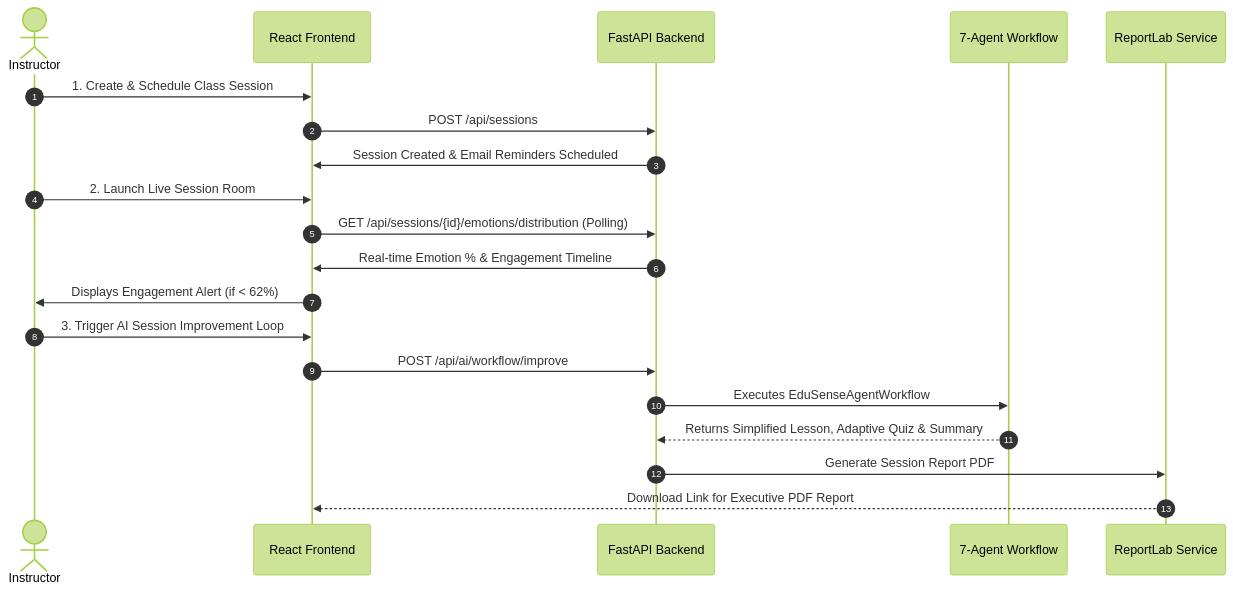
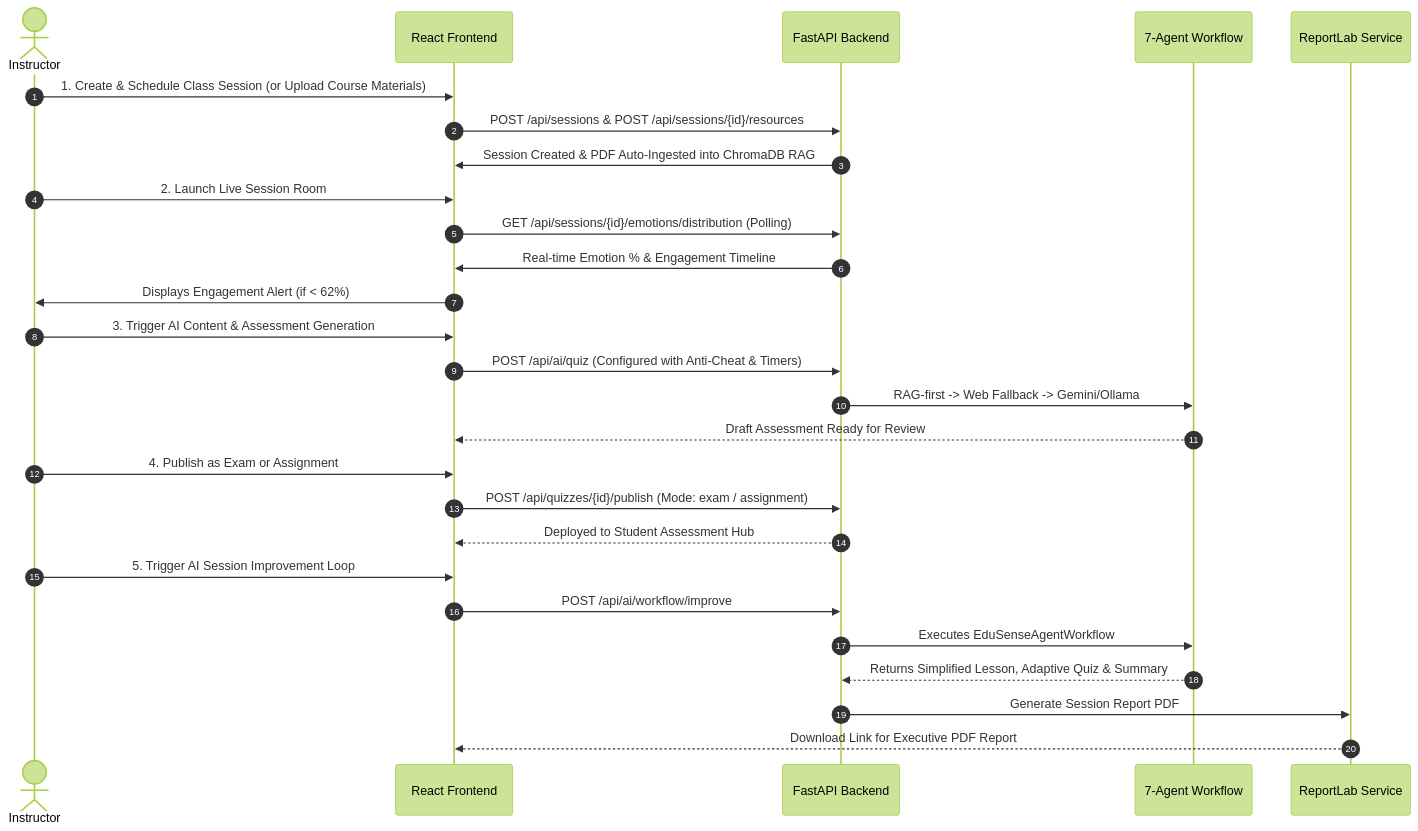
One commit to adel-noufal/Edusense changed the first of 4 diagrams in README.md. Above: the diagram before and after it, drawn with Mermaid (forest theme). The commit also changed other lines of this file and 1 other file, not shown here.

Commit message:
docs(s8): update README with multi-key rotation, web search grounding, assessment hub, and registration flows

````diff
--- a/README.md
+++ b/README.md
@@ -47,23 +52,30 @@
 ```mermaid
 sequenceDiagram
   autonumber
   actor I as Instructor
   participant UI as React Frontend
   participant API as FastAPI Backend
   participant WF as 7-Agent Workflow
   participant PDF as ReportLab Service
 
-  I->>UI: 1. Create & Schedule Class Session
-  UI->>API: POST /api/sessions
-  API->>UI: Session Created & Email Reminders Scheduled
+  I->>UI: 1. Create & Schedule Class Session (or Upload Course Materials)
+  UI->>API: POST /api/sessions & POST /api/sessions/{id}/resources
+  API->>UI: Session Created & PDF Auto-Ingested into ChromaDB RAG
   I->>UI: 2. Launch Live Session Room
   UI->>API: GET /api/sessions/{id}/emotions/distribution (Polling)
   API->>UI: Real-time Emotion % & Engagement Timeline
   UI->>I: Displays Engagement Alert (if < 62%)
-  I->>UI: 3. Trigger AI Session Improvement Loop
+  I->>UI: 3. Trigger AI Content & Assessment Generation
+  UI->>API: POST /api/ai/quiz (Configured with Anti-Cheat & Timers)
+  API->>WF: RAG-first -> Web Fallback -> Gemini/Ollama
+  WF-->>UI: Draft Assessment Ready for Review
+  I->>UI: 4. Publish as Exam or Assignment
+  UI->>API: POST /api/quizzes/{id}/publish (Mode: exam / assignment)
+  API-->>UI: Deployed to Student Assessment Hub
+  I->>UI: 5. Trigger AI Session Improvement Loop
   UI->>API: POST /api/ai/workflow/improve
   API->>WF: Executes EduSenseAgentWorkflow
   WF-->>API: Returns Simplified Lesson, Adaptive Quiz & Summary
   API->>PDF: Generate Session Report PDF
   PDF-->>UI: Download Link for Executive PDF Report
 ```
````
